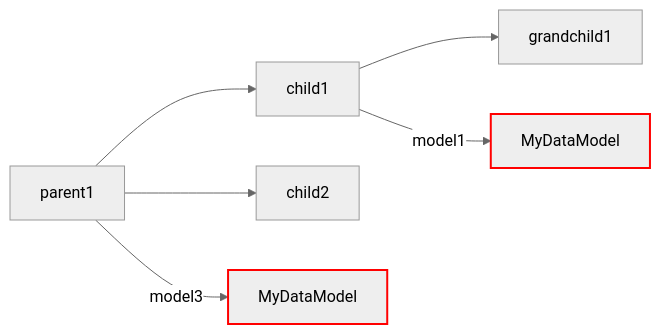
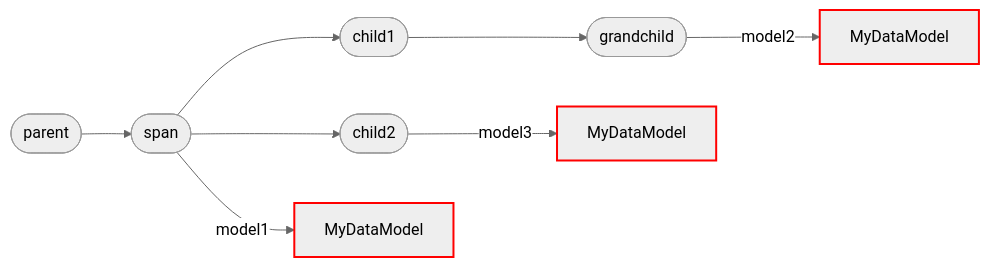
One commit to rmorshea/artigraph changed the sixth of 8 diagrams in docs/usage.md. Above: the diagram before and after it, drawn with Mermaid (neutral theme). The commit also changed other lines of this file, not shown here.

````diff
--- a/docs/usage.md
+++ b/docs/usage.md
@@ -293,10 +360,23 @@
 ```mermaid
 graph LR
-    parent1 --> child1
-    parent1 --> child2
-    child1 --> grandchild1
-    child1 --> |model1| model1[MyDataModel]
-    parent1 --> |model3| model3[MyDataModel]
-    style model1 stroke:red,stroke-width:2px
-    style model3 stroke:red,stroke-width:2px
+    p([parent])
+    s([span])
+    c1([child1])
+    c2([child2])
+    g([grandchild])
+    m1[MyDataModel]
+    m2[MyDataModel]
+    m3[MyDataModel]
+
+    style m1 stroke:red,stroke-width:2px
+    style m2 stroke:red,stroke-width:2px
+    style m3 stroke:red,stroke-width:2px
+
+    p --> s
+    s --> |model1| m1
+    s --> c1
+    s --> c2
+    c1 --> g
+    g --> |model2| m2
+    c2 --> |model3| m3
 ```
````
